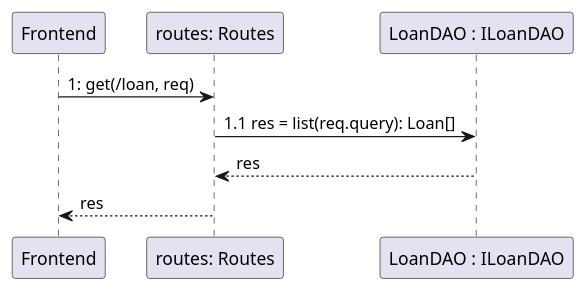
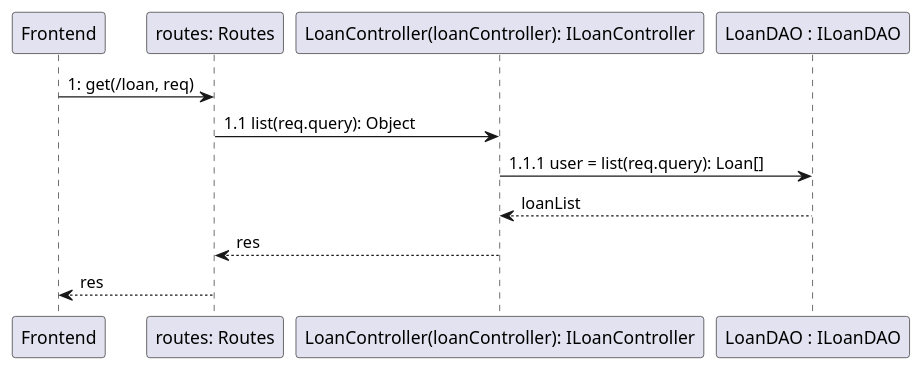
Before and after one commit to GustavoCunhaLacerda/projeto-es2: the diagram in project/Diagramas de Seq/loan/list.plantuml, drawn with PlantUML. The commit also changed 1 other file, not shown here.

Commit message:
WIP: adição de controller

```diff
--- a/project/Diagramas de Seq/loan/list.plantuml
+++ b/project/Diagramas de Seq/loan/list.plantuml
@@ -1,15 +1,17 @@
 @startuml es2
 skinparam class {
     BackgroundColor Snow
     BorderColor Black
 }
 
 Frontend -> "routes: Routes" : 1: get(/loan, req)
+"routes: Routes" -> "LoanController(loanController): ILoanController" : 1.1 list(req.query): Object
 
-"routes: Routes" -> "LoanDAO : ILoanDAO" : 1.1 res = list(req.query): Loan[]
+"LoanController(loanController): ILoanController" -> "LoanDAO : ILoanDAO" : 1.1.1 user = list(req.query): Loan[]
+"LoanController(loanController): ILoanController" <-- "LoanDAO : ILoanDAO" : loanList
 
-"LoanDAO : ILoanDAO" --> "routes: Routes" : res
+"LoanController(loanController): ILoanController" --> "routes: Routes" : res
 
 "routes: Routes" --> Frontend : res
 
 @enduml
```
